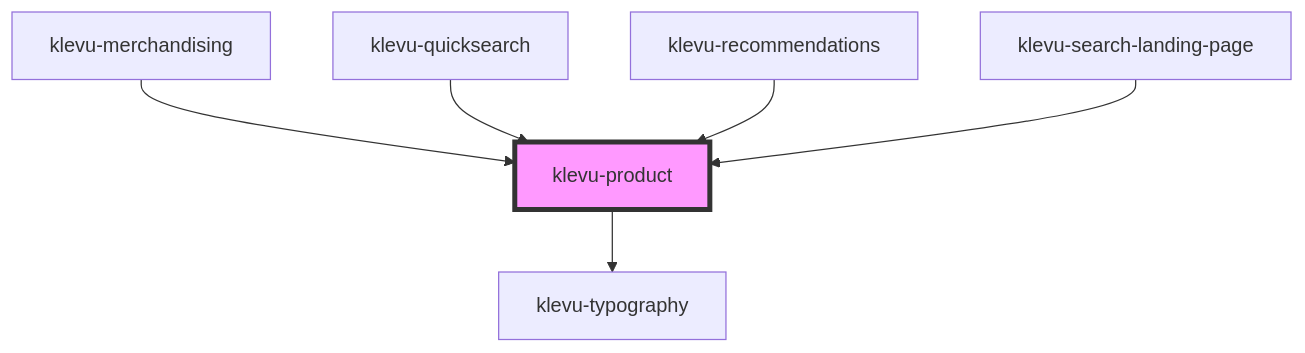
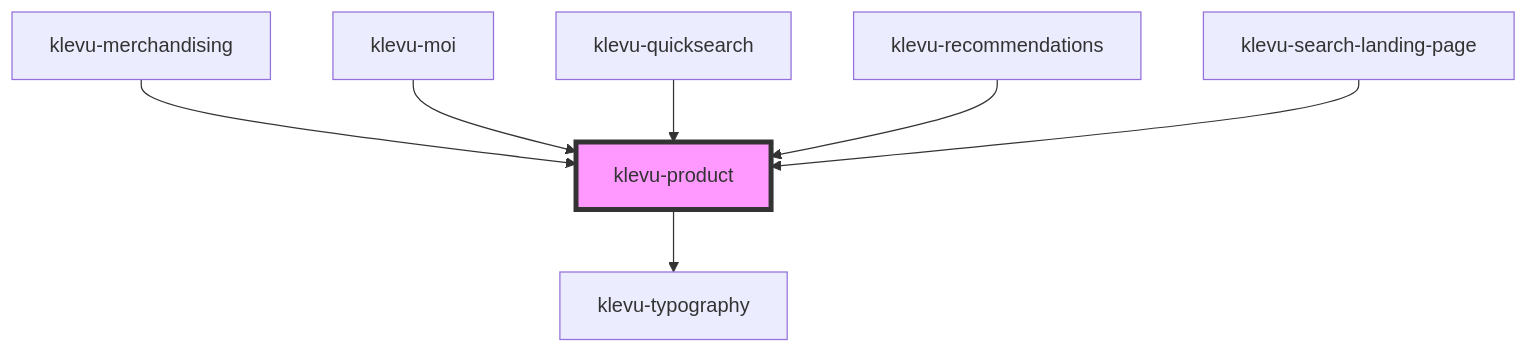
One commit to klevultd/frontend-sdk changed the diagram in packages/klevu-ui/src/components/klevu-product/readme.md. Above: the diagram before and after it, drawn with Mermaid. The commit also changed other lines of this file and 18 other files, not shown here.

````diff
--- a/packages/klevu-ui/src/components/klevu-product/readme.md
+++ b/packages/klevu-ui/src/components/klevu-product/readme.md
@@ -71,9 +72,10 @@
 ```mermaid
 graph TD;
   klevu-product --> klevu-typography
   klevu-merchandising --> klevu-product
+  klevu-moi --> klevu-product
   klevu-quicksearch --> klevu-product
   klevu-recommendations --> klevu-product
   klevu-search-landing-page --> klevu-product
   style klevu-product fill:#f9f,stroke:#333,stroke-width:4px
 ```
````
